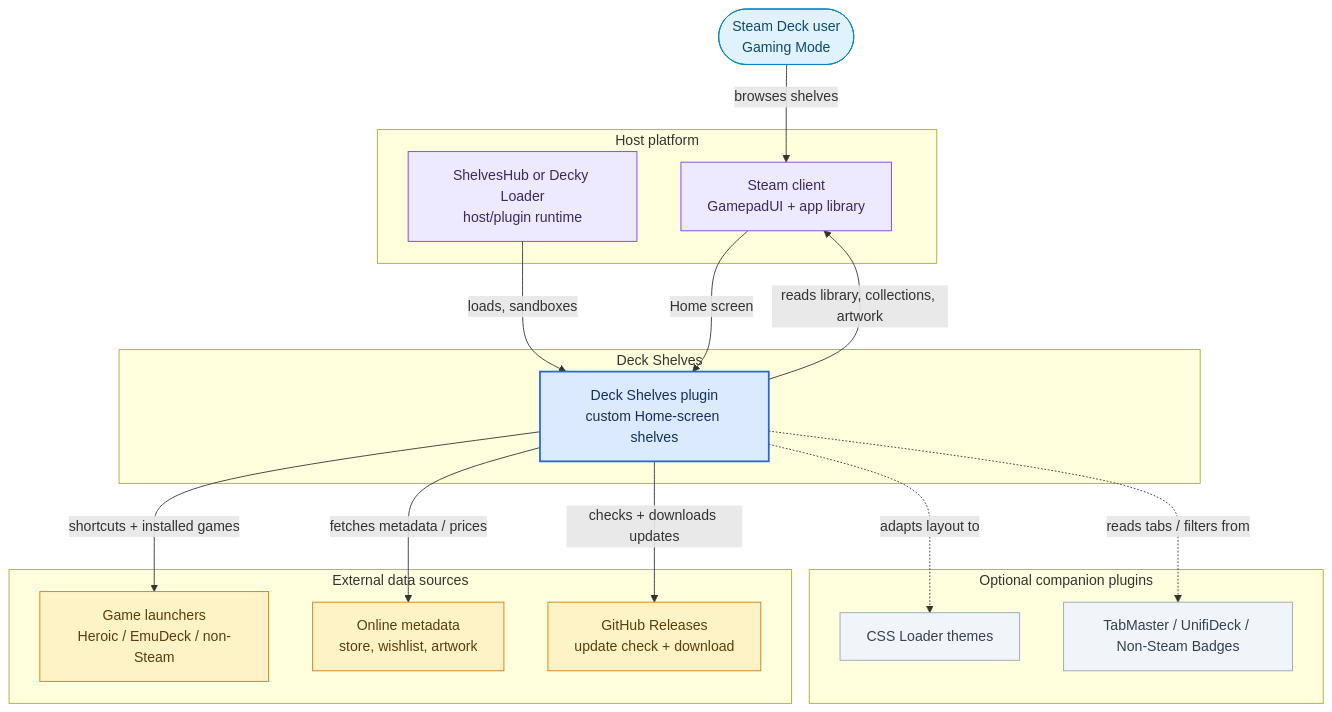
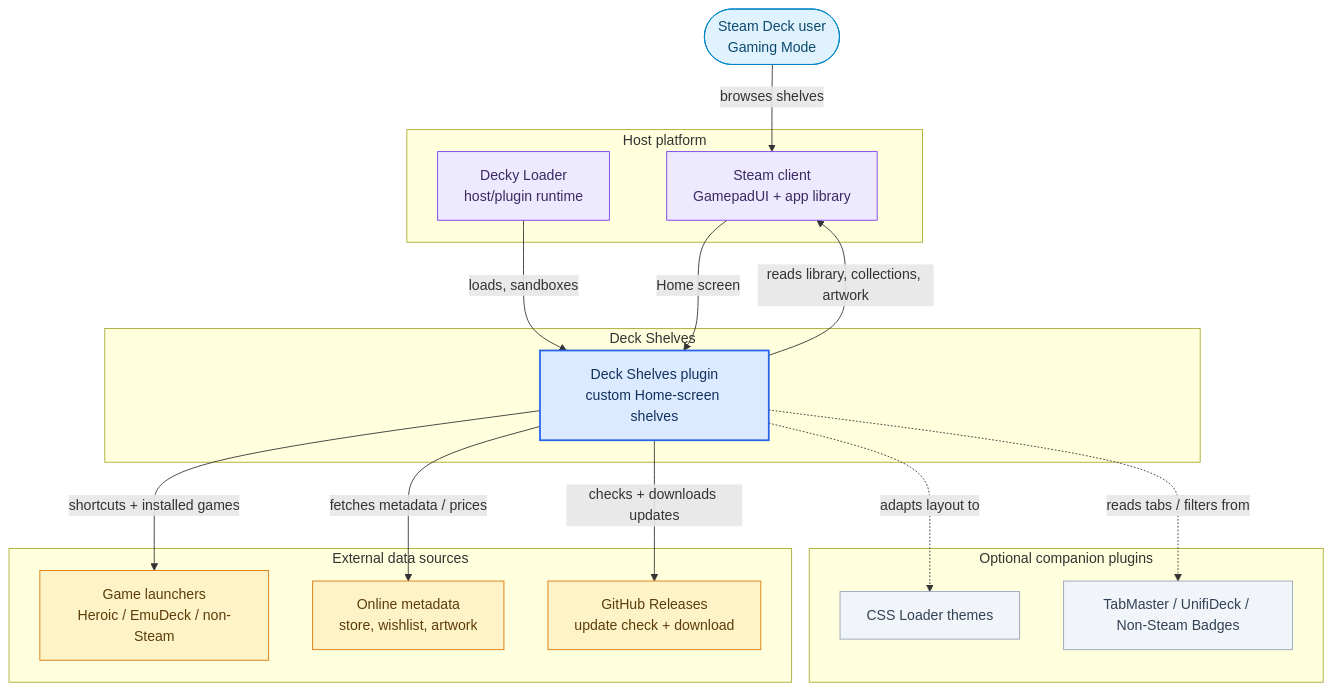
Before and after one commit to santojon/Deck-Shelves: the first of 3 diagrams in docs/architecture.md, drawn with Mermaid. The commit also changed other lines of this file and 701 other files, not shown here.

````diff
--- a/docs/architecture.md
+++ b/docs/architecture.md
@@ -20,45 +19,45 @@
 ```mermaid
 flowchart TB
     user(["Steam Deck user<br/>Gaming Mode"])
 
     subgraph deckshelves["Deck Shelves"]
         plugin["Deck Shelves plugin<br/>custom Home-screen shelves"]
     end
 
     subgraph host["Host platform"]
-        decky["ShelvesHub or Decky Loader<br/>host/plugin runtime"]
+        decky["Decky Loader<br/>host/plugin runtime"]
         steam["Steam client<br/>GamepadUI + app library"]
     end
 
     subgraph external["External data sources"]
         launchers["Game launchers<br/>Heroic / EmuDeck / non-Steam"]
         online["Online metadata<br/>store, wishlist, artwork"]
         gh["GitHub Releases<br/>update check + download"]
     end
 
     subgraph optional["Optional companion plugins"]
         css["CSS Loader themes"]
         tabmaster["TabMaster / UnifiDeck / Non-Steam Badges"]
     end
 
     user -->|"browses shelves"| steam
     steam -->|"Home screen"| plugin
     decky -->|"loads, sandboxes"| plugin
     plugin -->|"reads library, collections, artwork"| steam
     plugin -->|"shortcuts + installed games"| launchers
     plugin -->|"fetches metadata / prices"| online
     plugin -->|"checks + downloads updates"| gh
     plugin -.->|"adapts layout to"| css
     plugin -.->|"reads tabs / filters from"| tabmaster
 
     classDef ds fill:#dbeafe,stroke:#2563eb,stroke-width:2px,color:#12315e
     classDef platform fill:#ede9fe,stroke:#7c3aed,color:#3b2a63
     classDef ext fill:#fef3c7,stroke:#d97706,color:#5c3d0a
     classDef opt fill:#f1f5f9,stroke:#94a3b8,color:#334155
     classDef actor fill:#e0f2fe,stroke:#0284c7,color:#0c4a6e
     class plugin ds
     class decky,steam platform
     class launchers,online,gh ext
     class css,tabmaster opt
     class user actor
 ```
````
